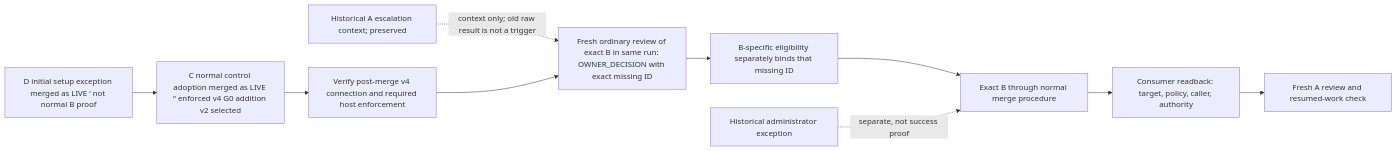
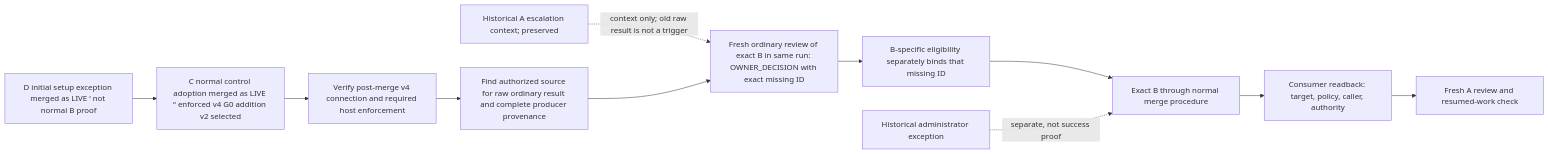
The diagram in docs/investigations/2026-10-08-preview4-gap-roadmap.md (flair-agency/architecture-gatekeeper), drawn with Mermaid before and after one commit. The commit also changed other lines of this file, not shown here.

````diff
--- a/docs/investigations/2026-10-08-preview4-gap-roadmap.md
+++ b/docs/investigations/2026-10-08-preview4-gap-roadmap.md
@@ -143,12 +155,13 @@
 ```mermaid
 flowchart LR
   A[Historical A escalation context; preserved] -. context only; old raw result is not a trigger .-> E
   D[D initial setup exception merged as LIVE #145; not normal B proof] --> C[C normal control adoption merged as LIVE #147; enforced v4 G0 addition v2 selected]
   C --> P[Verify post-merge v4 connection and required host enforcement]
-  P --> E[Fresh ordinary review of exact B in same run: OWNER_DECISION with exact missing ID]
+  P --> Q[Find authorized source for raw ordinary result and complete producer provenance]
+  Q --> E[Fresh ordinary review of exact B in same run: OWNER_DECISION with exact missing ID]
   E --> K[B-specific eligibility separately binds that missing ID]
   K --> B[Exact B through normal merge procedure]
   B --> R[Consumer readback: target, policy, caller, authority]
   R --> F[Fresh A review and resumed-work check]
   X[Historical administrator exception] -. separate, not success proof .-> B
 ```
````
